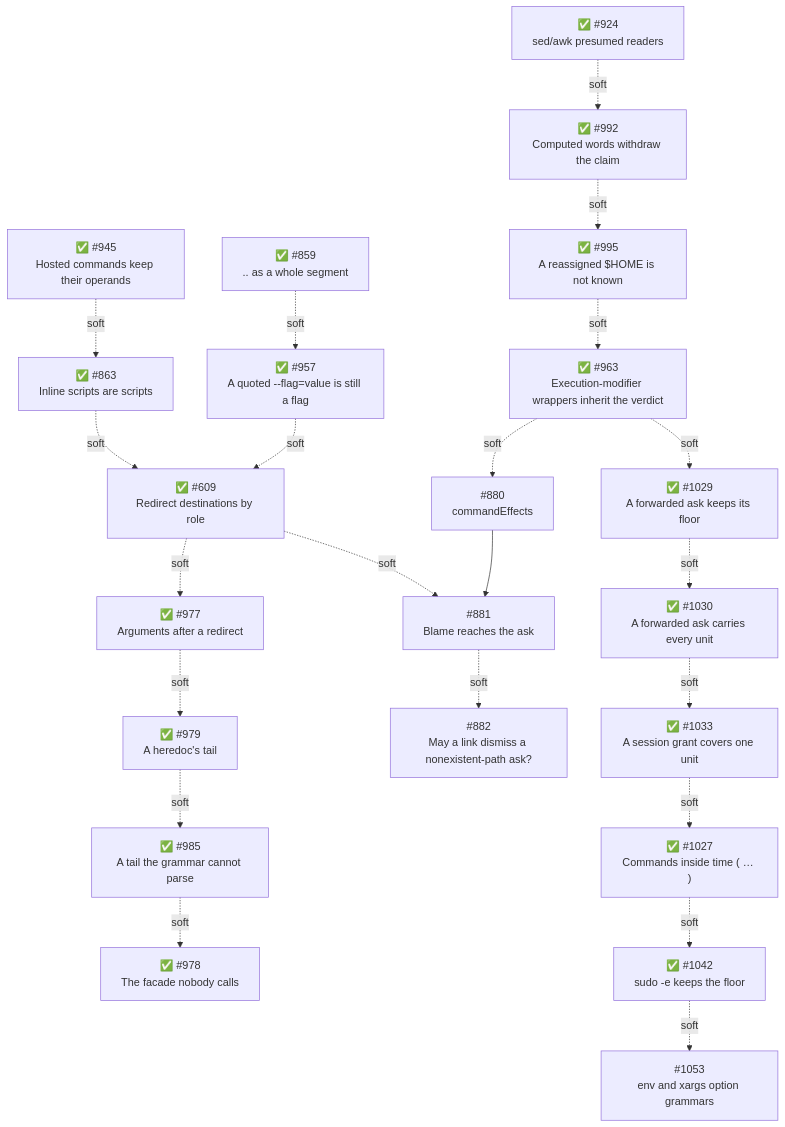
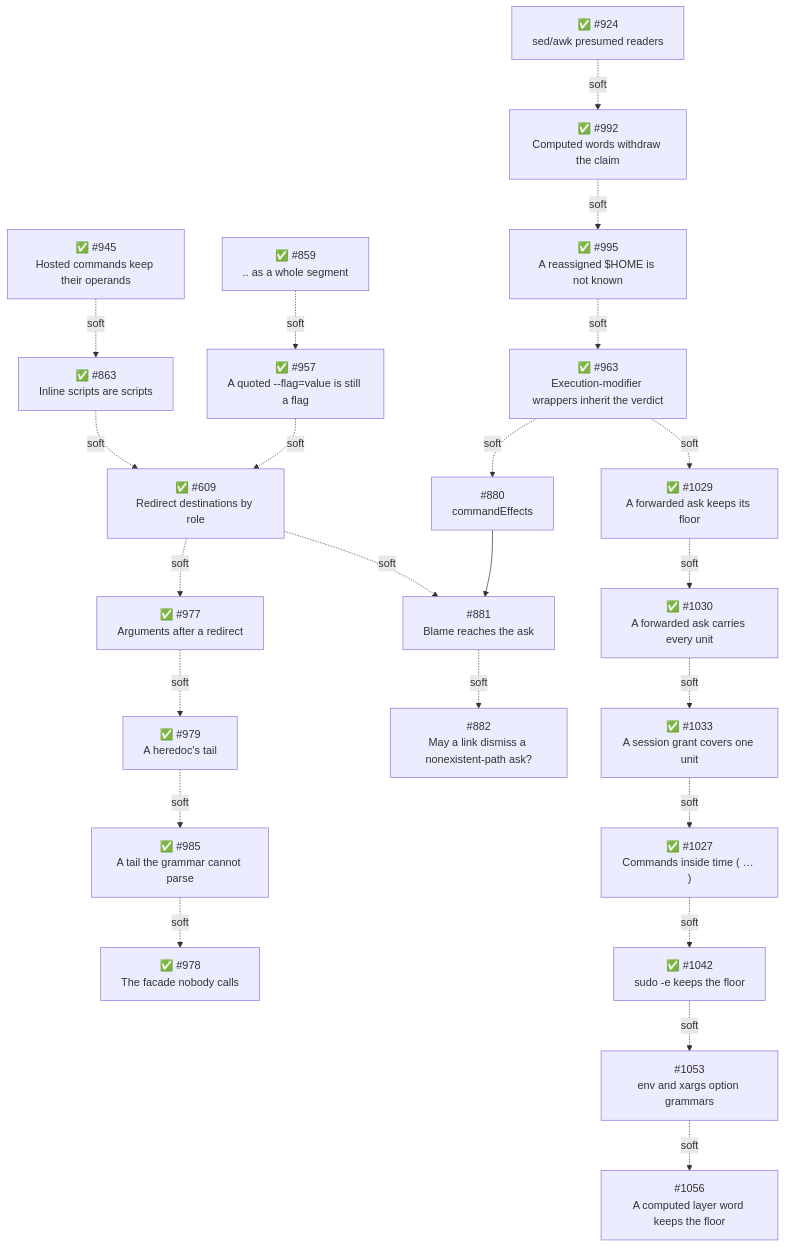
Before and after one commit to gotgenes/pi-packages: the fourth of 4 diagrams in packages/pi-permission-system/docs/architecture/architecture.md, drawn with Mermaid. The commit also changed other lines of this file, not shown here.

````diff
--- a/packages/pi-permission-system/docs/architecture/architecture.md
+++ b/packages/pi-permission-system/docs/architecture/architecture.md
@@ -1813,24 +1828,25 @@
 ```mermaid
 flowchart TD
     S945["✅ #945<br/>Hosted commands keep their operands"] -.soft.-> S863["✅ #863<br/>Inline scripts are scripts"]
     S863 -.soft.-> S609["✅ #609<br/>Redirect destinations by role"]
     S859["✅ #859<br/>.. as a whole segment"] -.soft.-> S957["✅ #957<br/>A quoted --flag=value is still a flag"]
     S957 -.soft.-> S609
     S924["✅ #924<br/>sed/awk presumed readers"] -.soft.-> S992["✅ #992<br/>Computed words withdraw the claim"]
     S992 -.soft.-> S995["✅ #995<br/>A reassigned $HOME is not known"]
     S995 -.soft.-> S963["✅ #963<br/>Execution-modifier wrappers inherit the verdict"]
     S963 -.soft.-> S1029["✅ #1029<br/>A forwarded ask keeps its floor"]
     S1029 -.soft.-> S1030["✅ #1030<br/>A forwarded ask carries every unit"]
     S1030 -.soft.-> S1033["✅ #1033<br/>A session grant covers one unit"]
     S1033 -.soft.-> S1027["✅ #1027<br/>Commands inside time ( … )"]
     S1027 -.soft.-> S1042["✅ #1042<br/>sudo -e keeps the floor"]
     S1042 -.soft.-> S1053["#1053<br/>env and xargs option grammars"]
+    S1053 -.soft.-> S1056["#1056<br/>A computed layer word keeps the floor"]
     S963 -.soft.-> S880["#880<br/>commandEffects"]
     S880 --> S881["#881<br/>Blame reaches the ask"]
     S609 -.soft.-> S881
     S609 -.soft.-> S977["✅ #977<br/>Arguments after a redirect"]
     S977 -.soft.-> S979["✅ #979<br/>A heredoc's tail"]
     S979 -.soft.-> S985["✅ #985<br/>A tail the grammar cannot parse"]
     S985 -.soft.-> S978["✅ #978<br/>The facade nobody calls"]
     S881 -.soft.-> S882["#882<br/>May a link dismiss a nonexistent-path ask?"]
 ```
````
